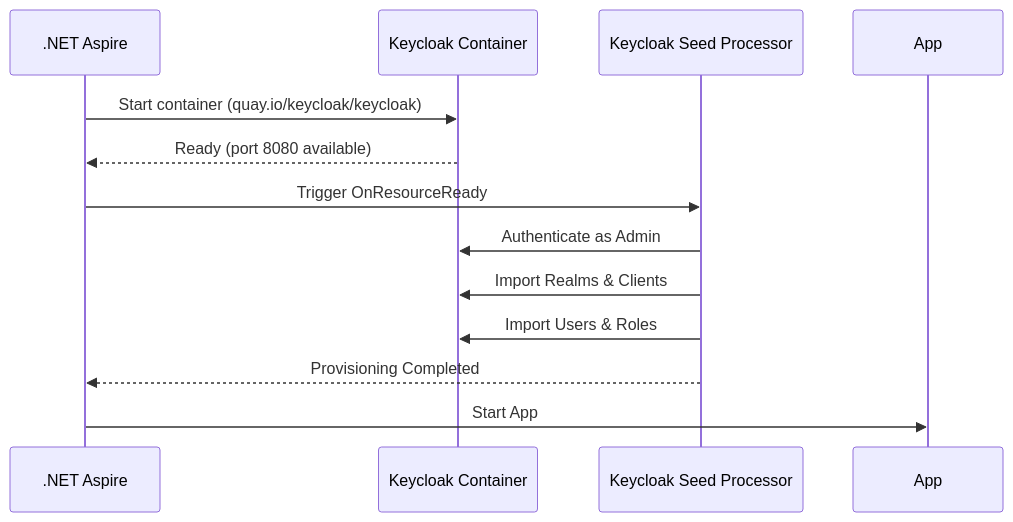
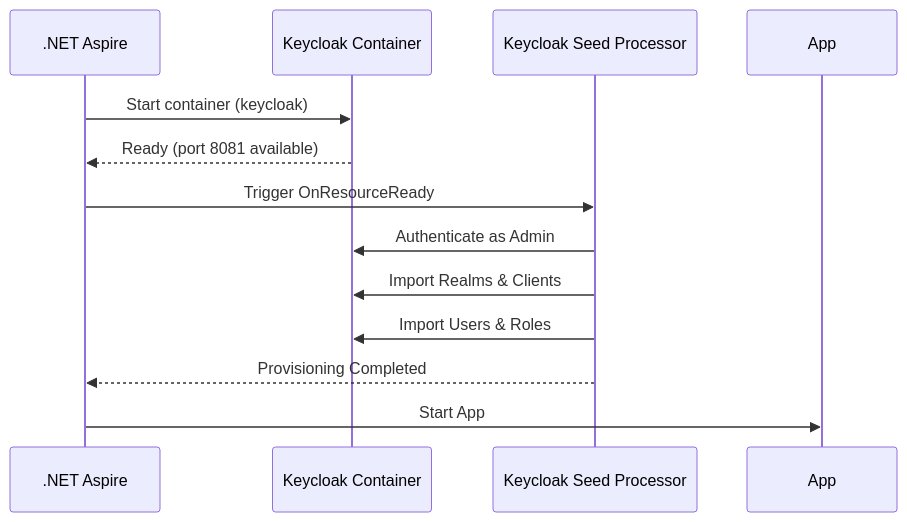
The diagram in src/MVFC.Aspire.Helpers.Keycloak/README.md (Marcus-V-Freitas/MVFC.Aspire.Helpers), drawn with Mermaid before and after one commit. The commit also changed 2 other files, not shown here.

Commit message:
feat: add Apigee Emulator documentation in changelog.

````diff
--- a/src/MVFC.Aspire.Helpers.Keycloak/README.md
+++ b/src/MVFC.Aspire.Helpers.Keycloak/README.md
@@ -122,15 +122,15 @@
 ```mermaid
 sequenceDiagram
     participant Aspire as .NET Aspire
     participant Container as Keycloak Container
     participant Configurator as Keycloak Seed Processor
     
-    Aspire->>Container: Start container (quay.io/keycloak/keycloak)
-    Container-->>Aspire: Ready (port 8080 available)
+    Aspire->>Container: Start container (keycloak)
+    Container-->>Aspire: Ready (port 8081 available)
     Aspire->>Configurator: Trigger OnResourceReady
     Configurator->>Container: Authenticate as Admin
     Configurator->>Container: Import Realms & Clients
     Configurator->>Container: Import Users & Roles
     Configurator-->>Aspire: Provisioning Completed
     Aspire->>App: Start App
 ```
````
